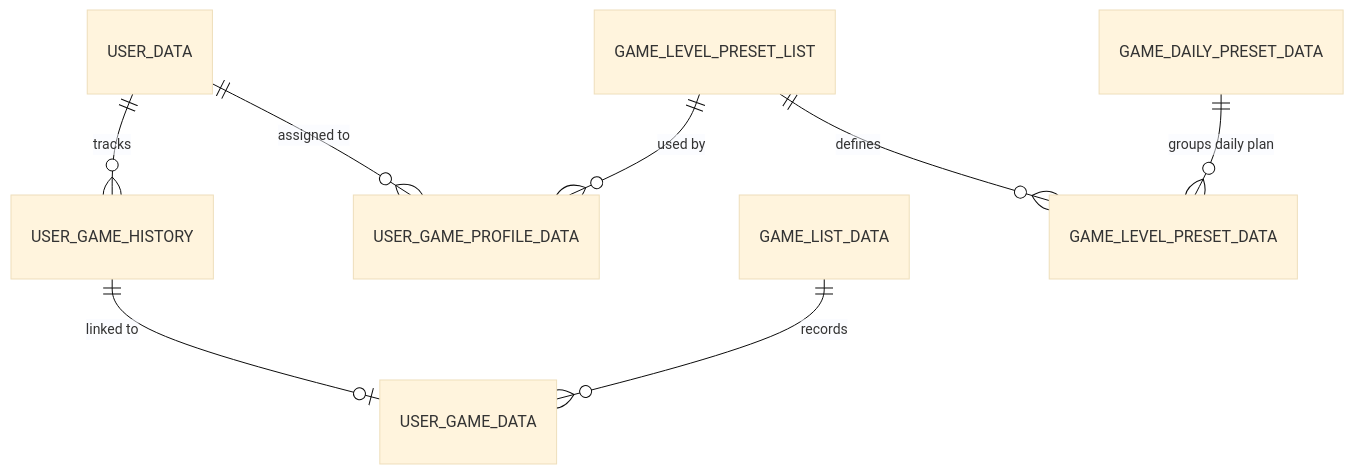
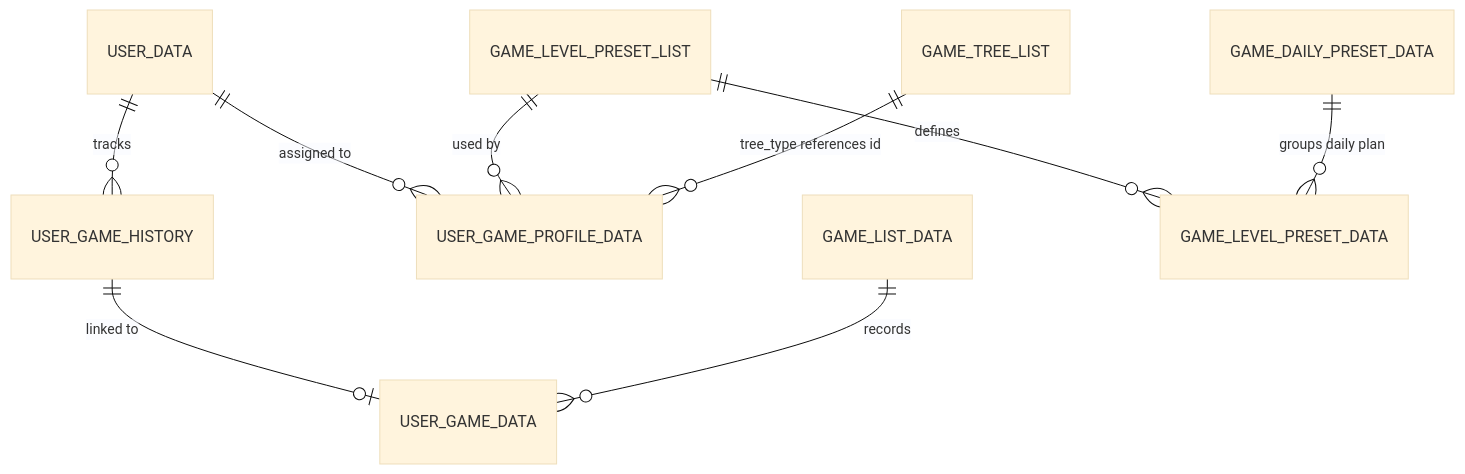
The first of 2 diagrams in docs/software/03-data-schema.md (ChayutChanmueang/mci-cognitive-game-hub-dev-deploy), drawn with Mermaid (base theme) before and after one commit. The commit also changed other lines of this file and 10 other files, not shown here.

````diff
--- a/docs/software/03-data-schema.md
+++ b/docs/software/03-data-schema.md
@@ -11,10 +11,11 @@
 ```mermaid
 erDiagram
     USER_DATA ||--o{ USER_GAME_HISTORY : "tracks"
     USER_DATA ||--o{ USER_GAME_PROFILE_DATA : "assigned to"
     USER_GAME_HISTORY ||--o| USER_GAME_DATA : "linked to"
     GAME_LIST_DATA ||--o{ USER_GAME_DATA : "records"
     GAME_LEVEL_PRESET_LIST ||--o{ GAME_LEVEL_PRESET_DATA : "defines"
     GAME_LEVEL_PRESET_LIST ||--o{ USER_GAME_PROFILE_DATA : "used by"
+    GAME_TREE_LIST ||--o{ USER_GAME_PROFILE_DATA : "tree_type references id"
     GAME_DAILY_PRESET_DATA ||--o{ GAME_LEVEL_PRESET_DATA : "groups daily plan"
 ```
````
